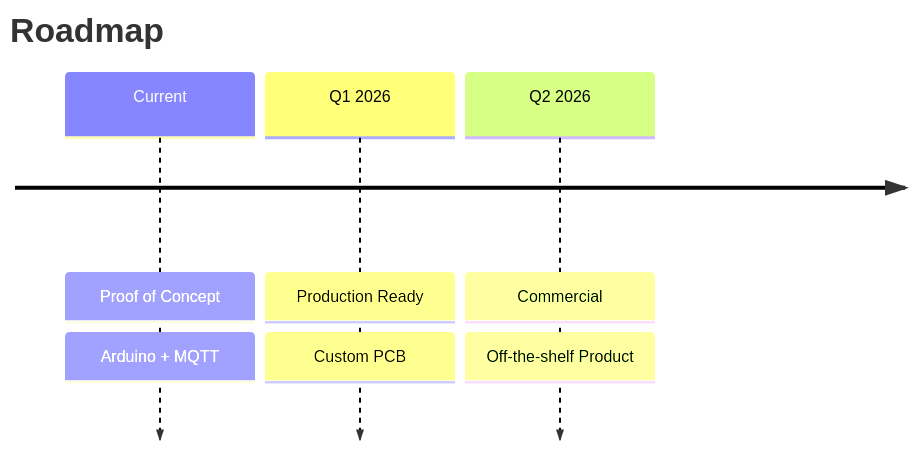
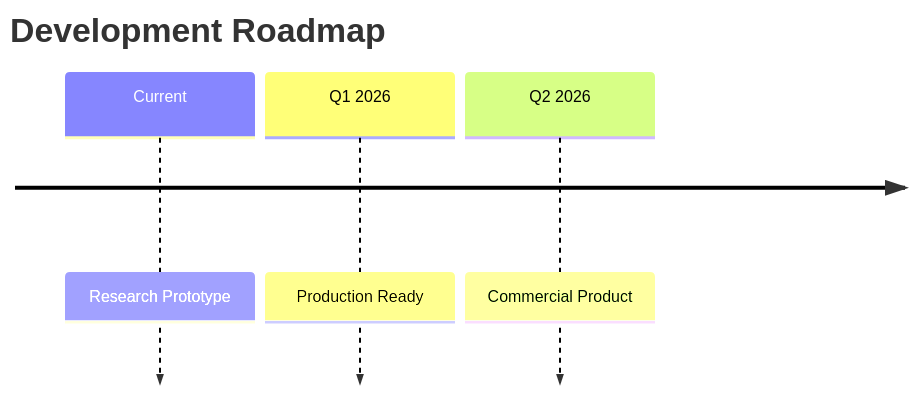
Before and after one commit to leekaize/tinyol-hitl: the eighth of 8 diagrams in slidev/slides.md, drawn with Mermaid. The commit also changed other lines of this file and 5 other files, not shown here.

````diff
--- a/slidev/slides.md
+++ b/slidev/slides.md
@@ -478,7 +631,7 @@
 ```mermaid
 timeline
-    title Roadmap
-    Current : Proof of Concept : Arduino + MQTT
-    Q1 2026 : Production Ready : Custom PCB
-    Q2 2026 : Commercial : Off-the-shelf Product
+    title Development Roadmap
+    Current : Research Prototype
+    Q1 2026 : Production Ready
+    Q2 2026 : Commercial Product
 ```
````
